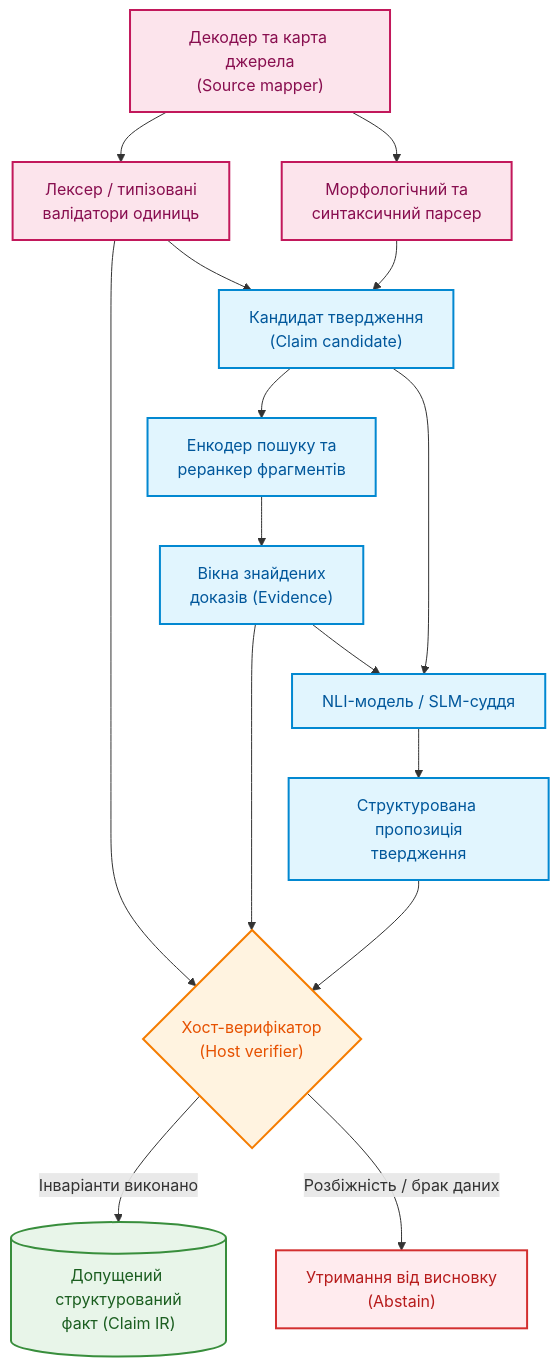
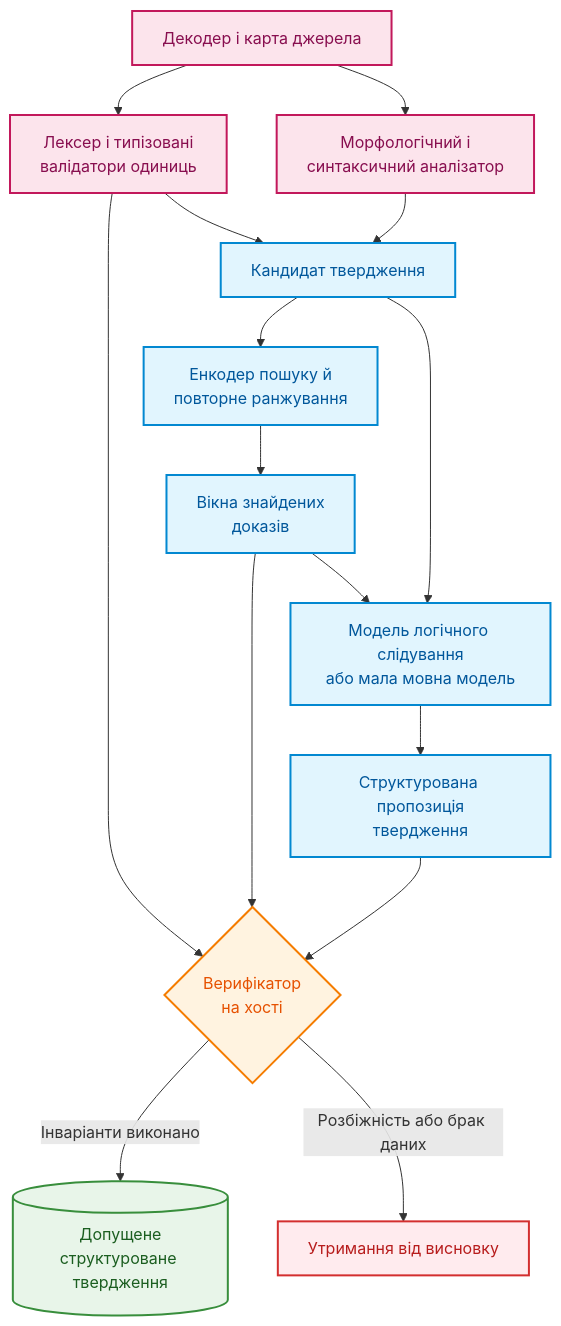
Before and after one commit to nick-fedchik/articles: the fourth of 7 diagrams in ExpertSystem/ch12-linguistic-analysis-and-local-models.md, drawn with Mermaid. The commit also changed other lines of this file, not shown here.

````diff
--- a/ExpertSystem/ch12-linguistic-analysis-and-local-models.md
+++ b/ExpertSystem/ch12-linguistic-analysis-and-local-models.md
@@ -177,32 +177,32 @@
 ```mermaid
 flowchart TB
-    accTitle: Розподіл функціональних ролей між модулями мовної підсистеми
-    accDescr: Взаємодія між декодером, лексером, енкодером, моделлю NLI та хост-верифікатором.
+    accTitle: Розподіл ролей між модулями мовної підсистеми
+    accDescr: Взаємодія декодера, лексера, енкодера, моделі логічного слідування та верифікатора на хості.
 
-    D["Декодер та карта джерела<br/>(Source mapper)"] --> LX["Лексер / типізовані<br/>валідатори одиниць"]
-    D --> LP["Морфологічний та<br/>синтаксичний парсер"]
-    LX --> QC["Кандидат твердження<br/>(Claim candidate)"]
+    D["Декодер і карта джерела"] --> LX["Лексер і типізовані<br/>валідатори одиниць"]
+    D --> LP["Морфологічний і<br/>синтаксичний аналізатор"]
+    LX --> QC["Кандидат твердження"]
     LP --> QC
-    QC --> EN["Енкодер пошуку та<br/>реранкер фрагментів"]
-    EN --> EV["Вікна знайдених<br/>доказів (Evidence)"]
-    EV --> NLI["NLI-модель / SLM-суддя"]
+    QC --> EN["Енкодер пошуку й<br/>повторне ранжування"]
+    EN --> EV["Вікна знайдених<br/>доказів"]
+    EV --> NLI["Модель логічного слідування<br/>або мала мовна модель"]
     QC --> NLI
     NLI --> PR["Структурована пропозиція<br/>твердження"]
-    LX --> HV{"Хост-верифікатор<br/>(Host verifier)"}
+    LX --> HV{"Верифікатор<br/>на хості"}
     EV --> HV
     PR --> HV
-    HV -->|Інваріанти виконано| OUT[("Допущений структурований<br/>факт (Claim IR)")]
-    HV -->|Розбіжність / брак даних| STOP["Утримання від висновку<br/>(Abstain)"]
+    HV -->|"Інваріанти виконано"| OUT[("Допущене<br/>структуроване твердження")]
+    HV -->|"Розбіжність або брак даних"| STOP["Утримання від висновку"]
 
     classDef base fill:#fce4ec,stroke:#c2185b,stroke-width:2px,color:#880e4f;
     classDef ml fill:#e1f5fe,stroke:#0288d1,stroke-width:2px,color:#01579b;
     classDef logic fill:#fff3e0,stroke:#f57c00,stroke-width:2px,color:#e65100;
     classDef ok fill:#e8f5e9,stroke:#388e3c,stroke-width:2px,color:#1b5e20;
     classDef stop fill:#ffebee,stroke:#d32f2f,stroke-width:2px,color:#b71c1c;
 
     class D,LX,LP base;
     class QC,EN,EV,NLI,PR ml;
     class HV logic;
     class OUT ok;
     class STOP stop;
 ```
````
